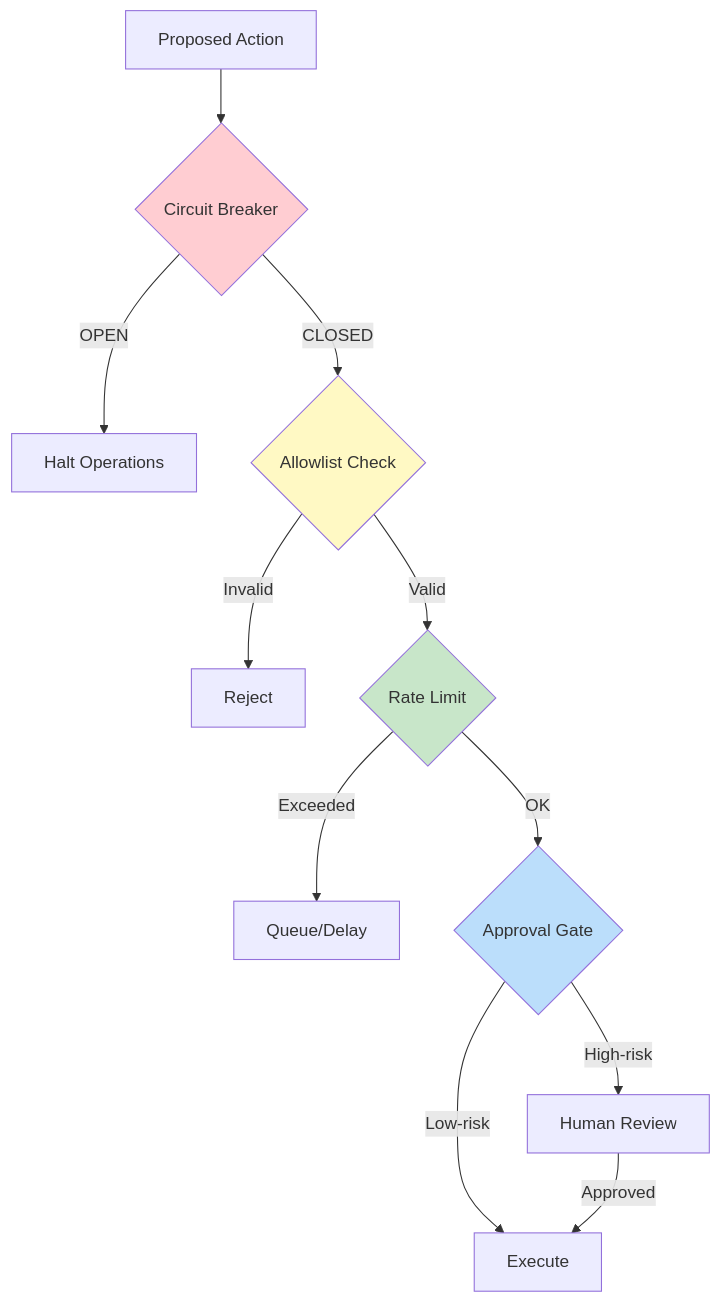
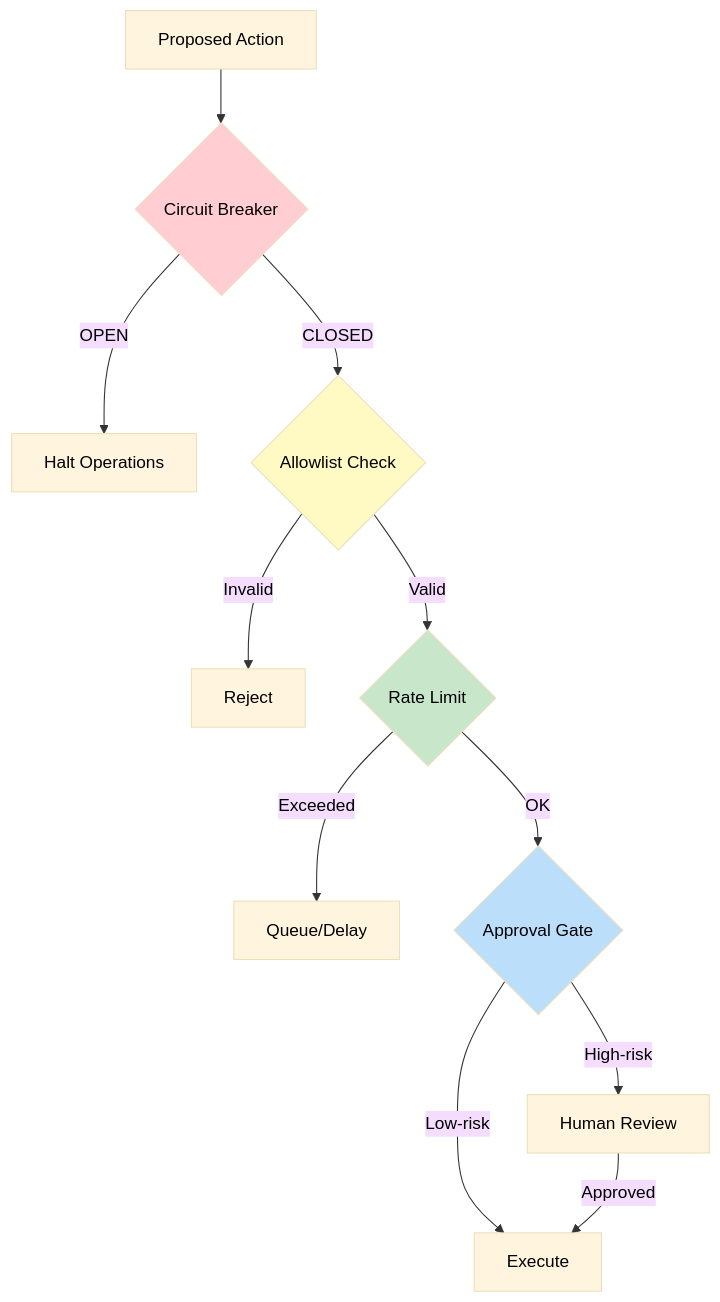
The sixth of 6 diagrams in README.md (quanticsoul4772/mcp-reasoning), drawn with Mermaid before and after one commit. The commit also changed other lines of this file, not shown here.

First line of the commit message:
docs: Fix Mermaid diagram text colors for dark mode readability

````diff
--- a/README.md
+++ b/README.md
@@ -544,18 +548,19 @@
 ```mermaid
+%%{init: {'theme': 'base', 'themeVariables': {'primaryTextColor': '#000', 'secondaryTextColor': '#000', 'lineColor': '#333', 'textColor': '#000'}}}%%
 flowchart TB
     Action["Proposed Action"] --> CB{"Circuit Breaker"}
     CB -->|"OPEN"| HALT["Halt Operations"]
     CB -->|"CLOSED"| AL{"Allowlist Check"}
     AL -->|"Invalid"| REJECT["Reject"]
     AL -->|"Valid"| RL{"Rate Limit"}
     RL -->|"Exceeded"| QUEUE["Queue/Delay"]
     RL -->|"OK"| APPROVE{"Approval Gate"}
     APPROVE -->|"High-risk"| HUMAN["Human Review"]
     APPROVE -->|"Low-risk"| EXEC["Execute"]
     HUMAN -->|"Approved"| EXEC
 
-    style CB fill:#ffcdd2
-    style AL fill:#fff9c4
-    style RL fill:#c8e6c9
-    style APPROVE fill:#bbdefb
+    style CB fill:#ffcdd2,color:#000
+    style AL fill:#fff9c4,color:#000
+    style RL fill:#c8e6c9,color:#000
+    style APPROVE fill:#bbdefb,color:#000
 ```
````
